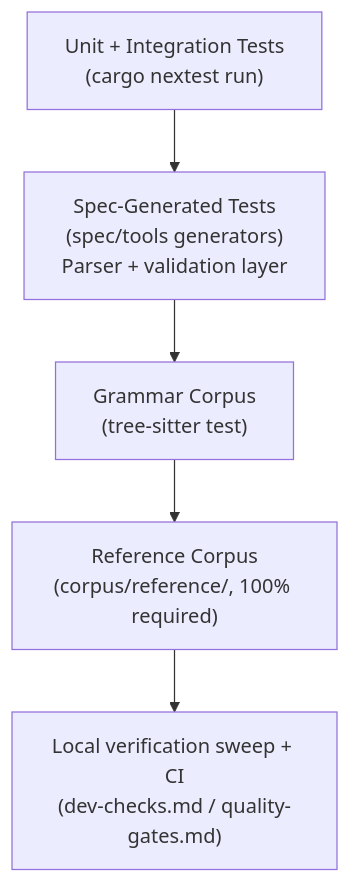
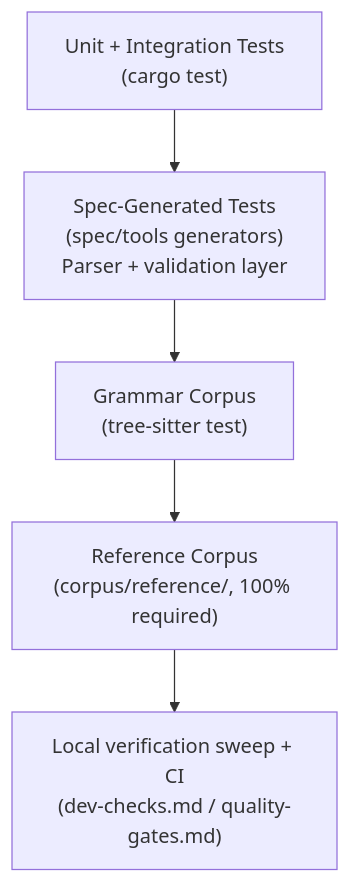
The second of 2 diagrams in book/src/contributing/testing.md (TalkBank/chatter), drawn with Mermaid before and after one commit. The commit also changed other lines of this file and 48 other files, not shown here.

````diff
--- a/book/src/contributing/testing.md
+++ b/book/src/contributing/testing.md
@@ -56,10 +56,10 @@
 ```mermaid
 flowchart TD
-    unit["Unit + Integration Tests\n(cargo nextest run)"]
+    unit["Unit + Integration Tests\n(cargo test)"]
     specgen["Spec-Generated Tests\n(spec/tools generators)\nParser + validation layer"]
     grammar["Grammar Corpus\n(tree-sitter test)"]
     ref["Reference Corpus\n(corpus/reference/, 100% required)"]
     gates["Local verification sweep + CI\n(dev-checks.md / quality-gates.md)"]
 
     unit --> specgen --> grammar --> ref --> gates
 ```
````
